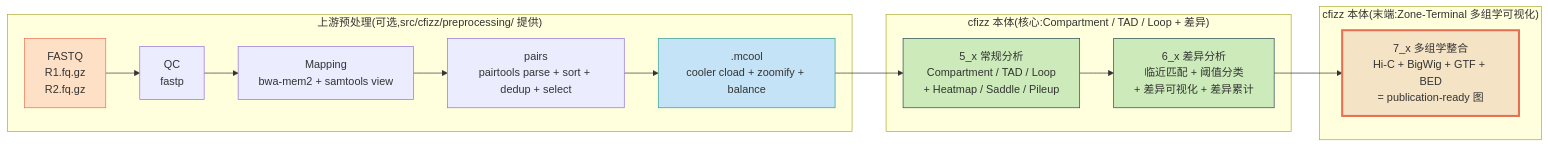
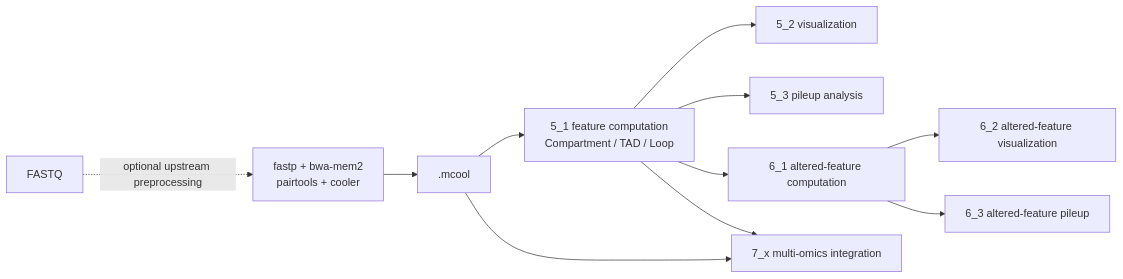
Before and after one commit to Cuixiaojian21/cfizz: the diagram in README.md, drawn with Mermaid. The commit also changed other lines of this file and 40 other files, not shown here.

````diff
--- a/README.md
+++ b/README.md
@@ -140,28 +129,13 @@
 ```mermaid
 flowchart LR
-    subgraph UP["上游预处理(可选,src/cfizz/preprocessing/ 提供)"]
-        A1["FASTQ<br/>R1.fq.gz<br/>R2.fq.gz"]
-        A2["QC<br/>fastp"]
-        A3["Mapping<br/>bwa-mem2 + samtools view"]
-        A4["pairs<br/>pairtools parse + sort + dedup + select"]
-        A5[".mcool<br/>cooler cload + zoomify + balance"]
-        A1 --> A2 --> A3 --> A4 --> A5
-    end
-
-    subgraph MID["cfizz 本体(核心:Compartment / TAD / Loop + 差异)"]
-        B1["5_x 常规分析<br/>Compartment / TAD / Loop<br/>+ Heatmap / Saddle / Pileup"]
-        B2["6_x 差异分析<br/>临近匹配 + 阈值分类<br/>+ 差异可视化 + 差异累计"]
-        A5 --> B1 --> B2
-    end
-
-    subgraph DOWN["cfizz 本体(末端:Zone-Terminal 多组学可视化)"]
-        C1["7_x 多组学整合<br/>Hi-C + BigWig + GTF + BED<br/>= publication-ready 图"]
-        B2 --> C1
-    end
-
-    style A1 fill:#fde0c5,stroke:#e76f51
-    style A5 fill:#c5e3f6,stroke:#2a9d8f
-    style B1 fill:#cdebba,stroke:#264653
-    style B2 fill:#cdebba,stroke:#264653
-    style C1 fill:#f4e3c4,stroke:#e76f51,stroke-width:3px
+    A["FASTQ"] -.->|optional upstream preprocessing| B["fastp + bwa-mem2<br/>pairtools + cooler"]
+    B --> C[".mcool"]
+    C --> D["5_1 feature computation<br/>Compartment / TAD / Loop"]
+    D --> E["5_2 visualization"]
+    D --> F["5_3 pileup analysis"]
+    D --> G["6_1 altered-feature computation"]
+    G --> H["6_2 altered-feature visualization"]
+    G --> I["6_3 altered-feature pileup"]
+    C --> J["7_x multi-omics integration"]
+    D --> J
 ```
````
